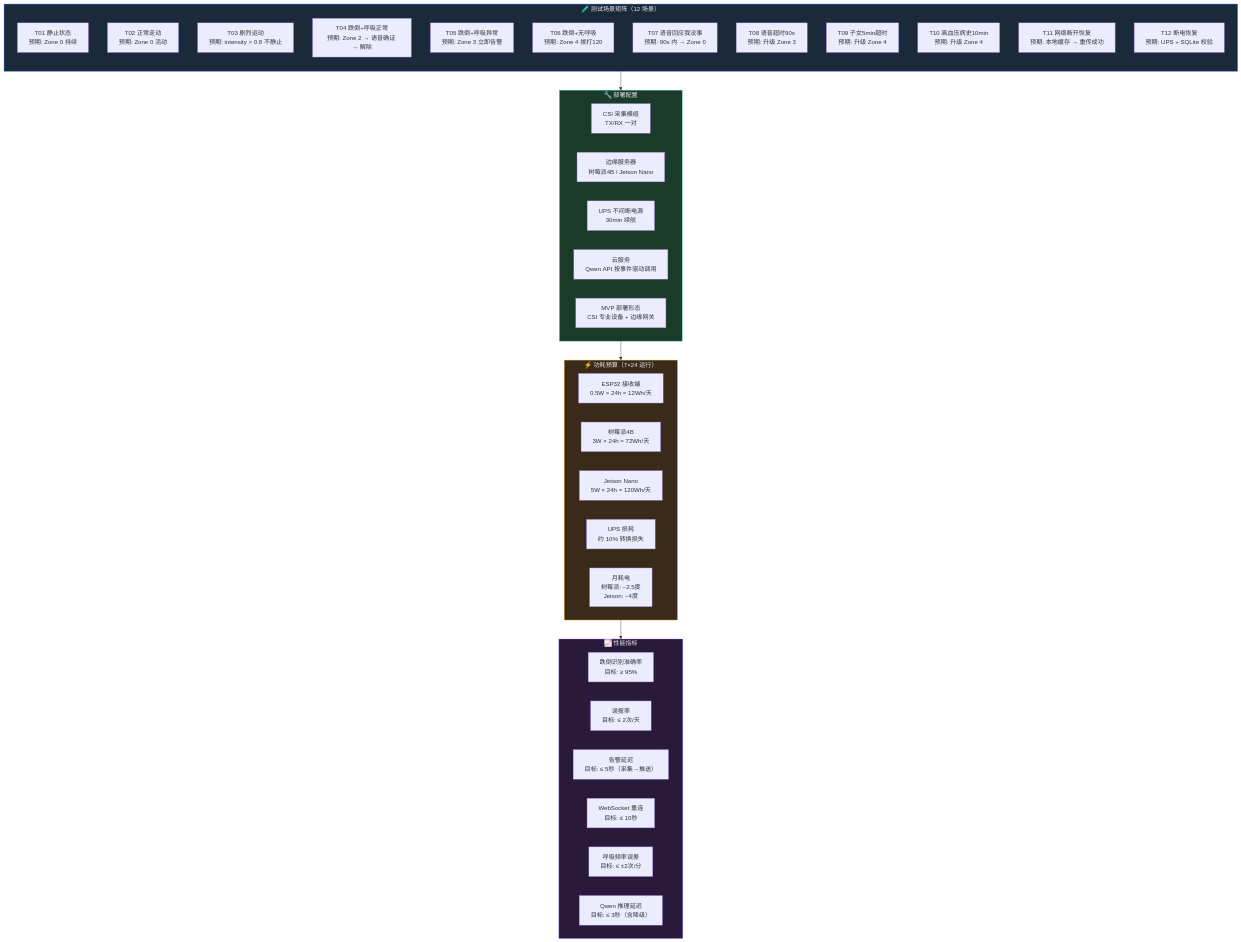
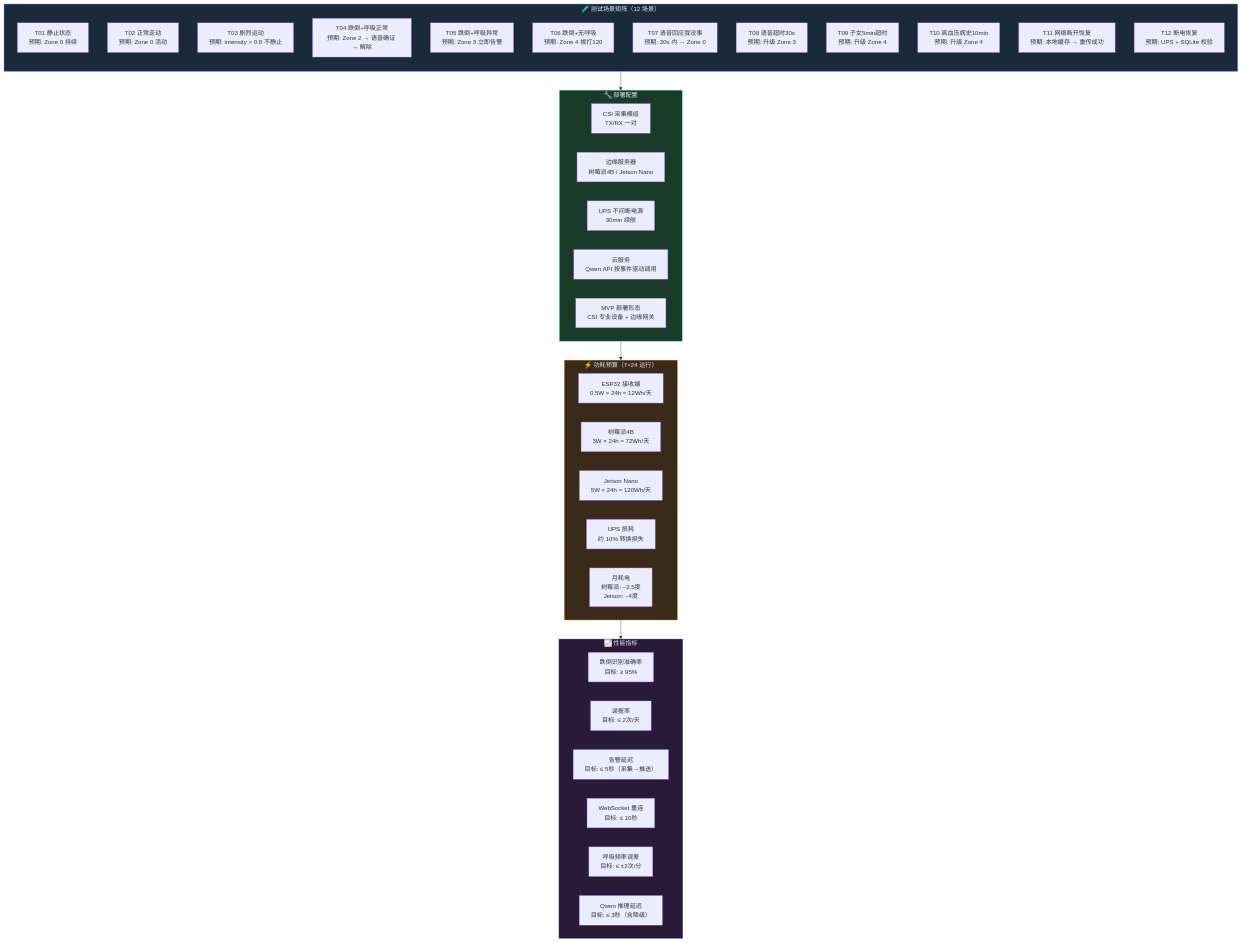
Before and after one commit to firecangshu/guardgoose: the diagram in docs/diagrams/12_测试与功耗图.mmd, drawn with Mermaid. The commit also changed 12 other files, not shown here.

First line of the commit message:
docs: 清除图示与旧版web中遗留的90s呼唤时长字样，统一为30s

```diff
--- a/docs/diagrams/12_测试与功耗图.mmd
+++ b/docs/diagrams/12_测试与功耗图.mmd
@@ -1,50 +1,50 @@
 graph TB
     subgraph 矩阵["🧪 测试场景矩阵（12 场景）"]
         direction TB
         T1["T01 静止状态<br/>预期: Zone 0 持续"]
         T2["T02 正常走动<br/>预期: Zone 0 活动"]
         T3["T03 剧烈运动<br/>预期: intensity > 0.8 不静止"]
         T4["T04 跌倒+呼吸正常<br/>预期: Zone 2 → 语音确证 → 解除"]
         T5["T05 跌倒+呼吸异常<br/>预期: Zone 3 立即告警"]
         T6["T06 跌倒+无呼吸<br/>预期: Zone 4 拨打120"]
-        T7["T07 语音回应我没事<br/>预期: 90s 内 → Zone 0"]
-        T8["T08 语音超时90s<br/>预期: 升级 Zone 3"]
+        T7["T07 语音回应我没事<br/>预期: 30s 内 → Zone 0"]
+        T8["T08 语音超时30s<br/>预期: 升级 Zone 3"]
         T9["T09 子女5min超时<br/>预期: 升级 Zone 4"]
         T10["T10 高血压病史10min<br/>预期: 升级 Zone 4"]
         T11["T11 网络断开恢复<br/>预期: 本地缓存 → 重传成功"]
         T12["T12 断电恢复<br/>预期: UPS + SQLite 校验"]
     end
 
     subgraph 设备["🔧 部署配置"]
         C1["CSI 采集模组<br/>TX/RX 一对"]
         C2["边缘服务器<br/>树莓派4B / Jetson Nano"]
         C3["UPS 不间断电源<br/>30min 续航"]
         C4["云服务<br/>Qwen API 按事件驱动调用"]
         C5["MVP 部署形态<br/>CSI 专业设备 + 边缘网关"]
     end
 
     subgraph 功耗["⚡ 功耗预算（7×24 运行）"]
         P1["ESP32 接收端<br/>0.5W × 24h = 12Wh/天"]
         P2["树莓派4B<br/>3W × 24h = 72Wh/天"]
         P3["Jetson Nano<br/>5W × 24h = 120Wh/天"]
         P4["UPS 损耗<br/>约 10% 转换损失"]
         P5["月耗电<br/>树莓派: ~2.5度<br/>Jetson: ~4度"]
     end
 
     subgraph 指标["📈 性能指标"]
         M1["跌倒识别准确率<br/>目标: ≥ 95%"]
         M2["误报率<br/>目标: ≤ 2次/天"]
         M3["告警延迟<br/>目标: ≤ 5秒（采集→推送）"]
         M4["WebSocket 重连<br/>目标: ≤ 10秒"]
         M5["呼吸频率误差<br/>目标: ≤ ±2次/分"]
         M6["Qwen 推理延迟<br/>目标: ≤ 3秒（含降级）"]
     end
 
     矩阵 --> 设备
     设备 --> 功耗
     功耗 --> 指标
 
     style 矩阵 fill:#1a2a3a,stroke:#3b82f6,color:#e8ecf4
     style 设备 fill:#1a3a2a,stroke:#10b981,color:#e8ecf4
     style 功耗 fill:#3a2a1a,stroke:#f59e0b,color:#e8ecf4
     style 指标 fill:#2a1a3a,stroke:#8b5cf6,color:#e8ecf4
```
